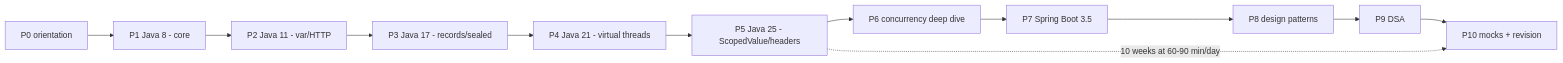
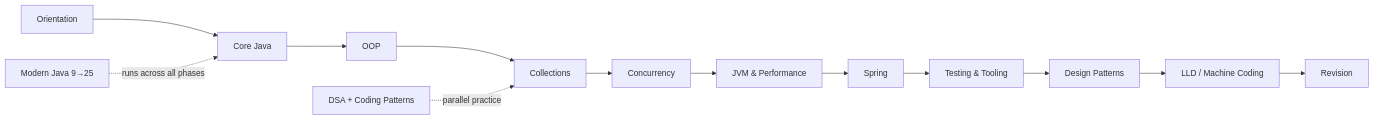
Before and after one commit to kotiansukesh/Engineering-Knowledge-System: the diagram in Java/00_Java-25-Overview/Java 25 Roadmap.md, drawn with Mermaid. The commit also changed other lines of this file and 32 other files, not shown here.

````diff
--- a/Java/00_Java-25-Overview/Java 25 Roadmap.md
+++ b/Java/00_Java-25-Overview/Java 25 Roadmap.md
@@ -32,14 +29,15 @@
 ```mermaid
 flowchart LR
- P0[P0 orientation] --> P1[P1 Java 8 - core]
- P1 --> P2[P2 Java 11 - var/HTTP]
- P2 --> P3[P3 Java 17 - records/sealed]
- P3 --> P4[P4 Java 21 - virtual threads]
- P4 --> P5[P5 Java 25 - ScopedValue/headers]
- P5 --> P6[P6 concurrency deep dive]
- P6 --> P7[P7 Spring Boot 3.5]
- P7 --> P8[P8 design patterns]
- P8 --> P9[P9 DSA]
- P9 --> P10[P10 mocks + revision]
- P5 -. 10 weeks at 60-90 min/day .-> P10
+ A[Orientation] --> B[Core Java]
+ B --> C[OOP]
+ C --> D[Collections]
+ D --> E[Concurrency]
+ E --> F[JVM & Performance]
+ F --> G[Spring]
+ G --> H[Testing & Tooling]
+ H --> I[Design Patterns]
+ I --> J[LLD / Machine Coding]
+ J --> K[Revision]
+ L[Modern Java 9→25] -. runs across all phases .-> B
+ M[DSA + Coding Patterns] -. parallel practice .-> D
 ```
````
